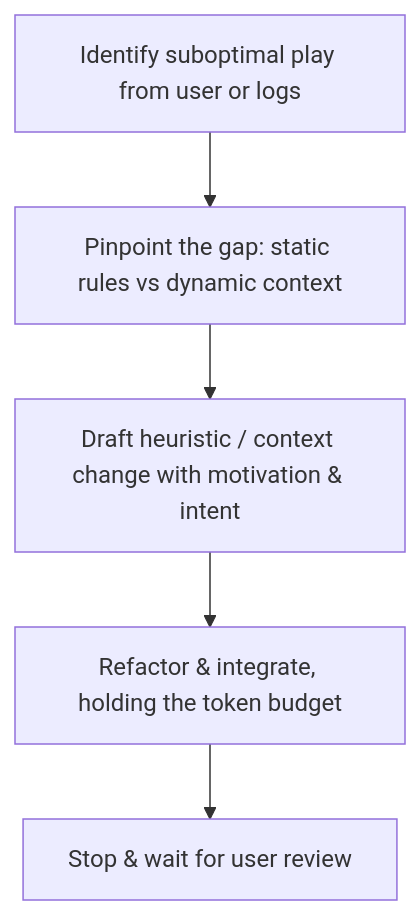
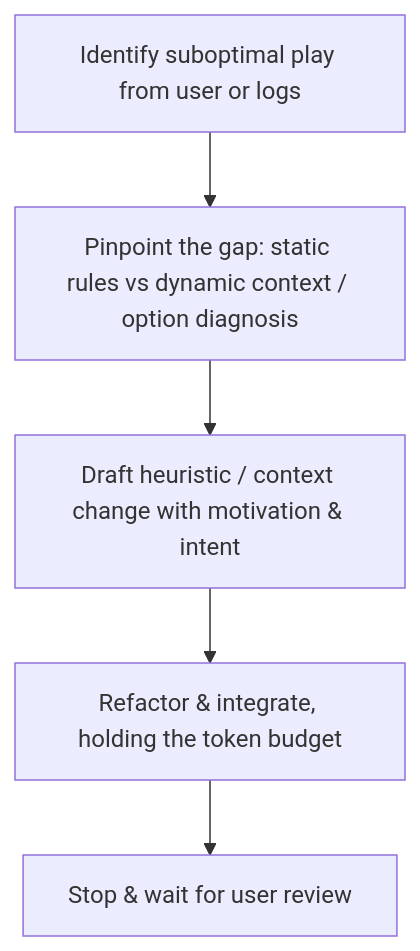
Before and after one commit to ejfn/Tractor: the diagram in .agents/skills/prompt-refinement/SKILL.md, drawn with Mermaid. The commit also changed other lines of this file, not shown here.

````diff
--- a/.agents/skills/prompt-refinement/SKILL.md
+++ b/.agents/skills/prompt-refinement/SKILL.md
@@ -64,7 +73,7 @@
 ```mermaid
 graph TD
-    A[Identify suboptimal play from user or logs] --> B[Pinpoint the gap: static rules vs dynamic context]
+    A[Identify suboptimal play from user or logs] --> B[Pinpoint the gap: static rules vs dynamic context / option diagnosis]
     B --> C[Draft heuristic / context change with motivation & intent]
     C --> D[Refactor & integrate, holding the token budget]
     D --> E[Stop & wait for user review]
 ```
````
